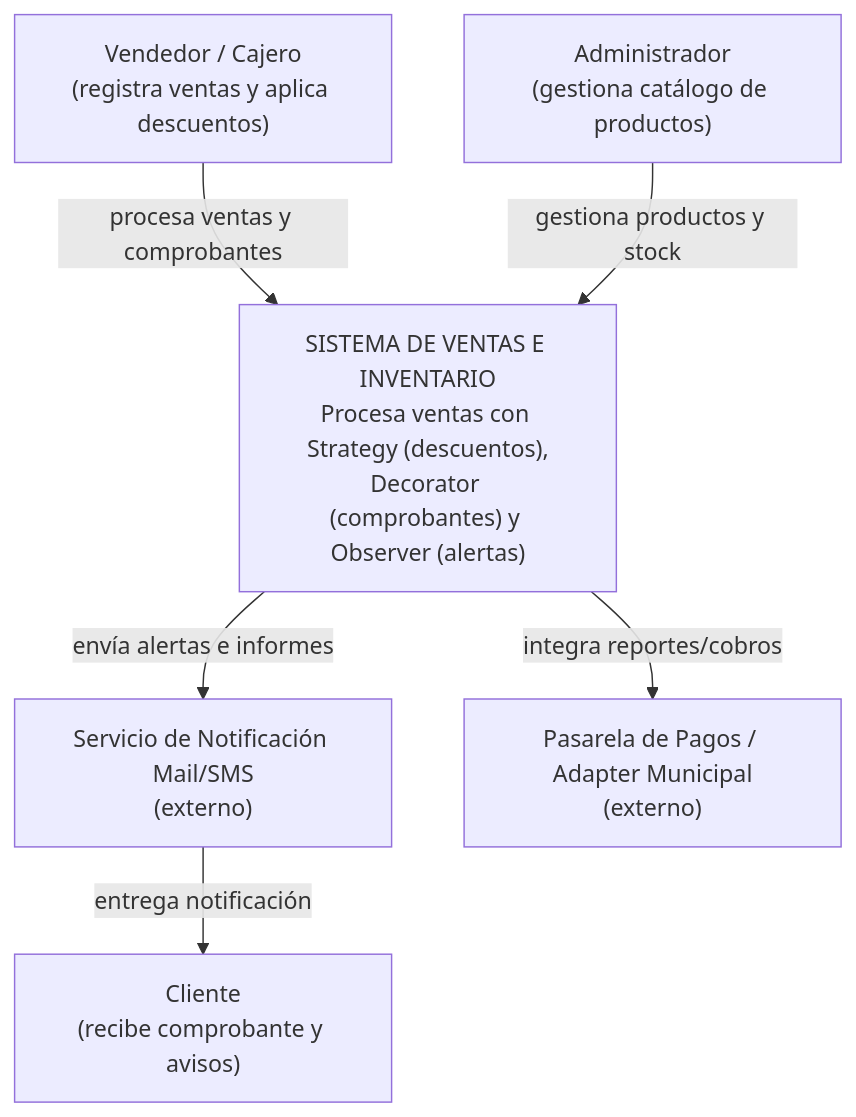
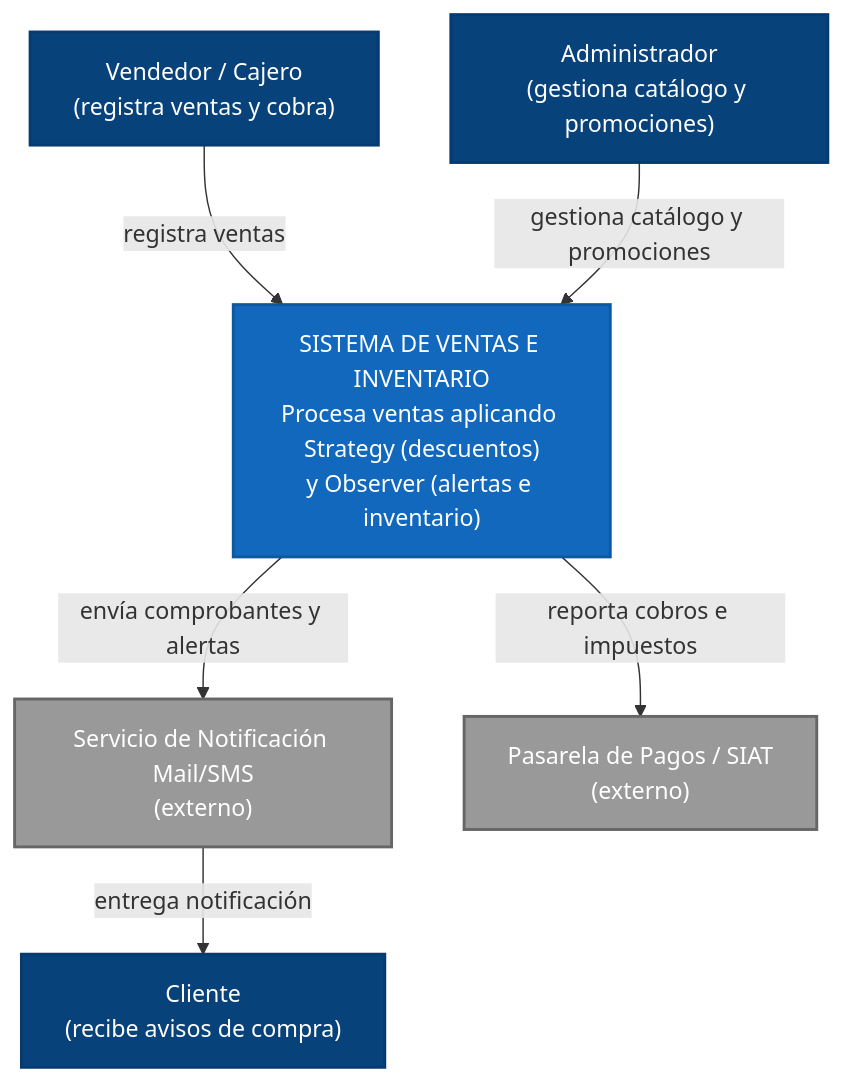
Before and after one commit to goldenBoy16/expediente-arq-rodriguez: the first of 2 diagrams in h4/README.md, drawn with Mermaid. The commit also changed other lines of this file, not shown here.

````diff
--- a/h4/README.md
+++ b/h4/README.md
@@ -3,17 +3,21 @@
 ```mermaid
 graph TD
-    vendedor["Vendedor / Cajero<br/>(registra ventas y aplica descuentos)"]:::actor
-    admin["Administrador<br/>(gestiona catálogo de productos)"]:::actor
-    cliente["Cliente<br/>(recibe comprobante y avisos)"]:::actor
+    classDef actor fill:#08427b,color:#fff,stroke:#073b6f,stroke-width:2px;
+    classDef system fill:#1168bd,color:#fff,stroke:#0e58a0,stroke-width:2px;
+    classDef external fill:#999999,color:#fff,stroke:#666666,stroke-width:2px;
 
-    sistema["SISTEMA DE VENTAS E INVENTARIO<br/>Procesa ventas con Strategy (descuentos),<br/>Decorator (comprobantes) y Observer (alertas)"]:::system
+    vendedor["Vendedor / Cajero<br/>(registra ventas y cobra)"]:::actor
+    admin["Administrador<br/>(gestiona catálogo y promociones)"]:::actor
+    cliente["Cliente<br/>(recibe avisos de compra)"]:::actor
+
+    sistema["SISTEMA DE VENTAS E INVENTARIO<br/>Procesa ventas aplicando Strategy (descuentos)<br/>y Observer (alertas e inventario)"]:::system
 
     correo["Servicio de Notificación Mail/SMS<br/>(externo)"]:::external
-    pasarela["Pasarela de Pagos / Adapter Municipal<br/>(externo)"]:::external
+    pasarela["Pasarela de Pagos / SIAT<br/>(externo)"]:::external
 
-    vendedor -->|procesa ventas y comprobantes| sistema
-    admin -->|gestiona productos y stock| sistema
-    sistema -->|envía alertas e informes| correo
+    vendedor -->|registra ventas| sistema
+    admin -->|gestiona catálogo y promociones| sistema
+    sistema -->|envía comprobantes y alertas| correo
     correo -->|entrega notificación| cliente
-    sistema -->|integra reportes/cobros| pasarela
+    sistema -->|reporta cobros e impuestos| pasarela
 ```
````
